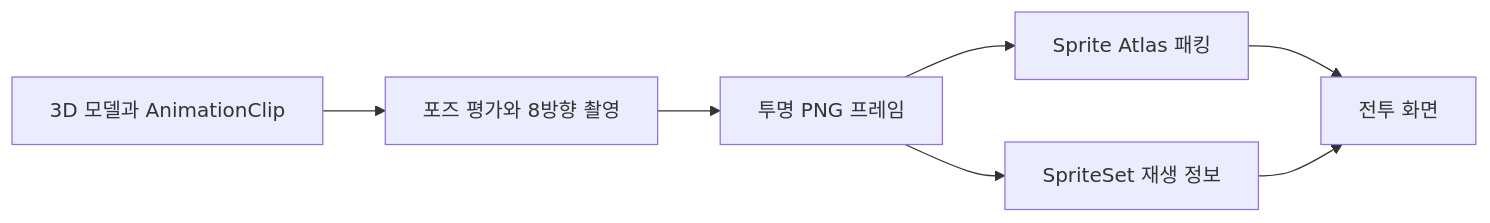
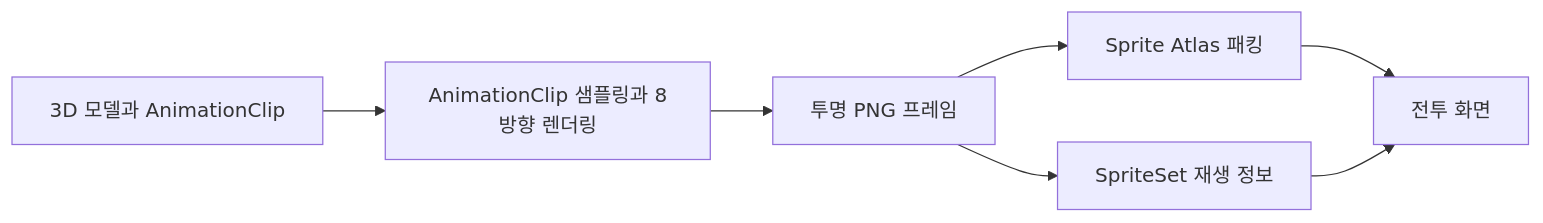
Before and after one commit to haelime/haelime.github.io: the diagram in src/content/portfolio/2026-09-05-clashers.md, drawn with Mermaid. The commit also changed other lines of this file and 2 other files, not shown here.

````diff
--- a/src/content/portfolio/2026-09-05-clashers.md
+++ b/src/content/portfolio/2026-09-05-clashers.md
@@ -57,9 +57,9 @@
 ```mermaid
 flowchart LR
-    A[3D 모델과 AnimationClip] --> B[포즈 평가와 8방향 촬영]
+    A[3D 모델과 AnimationClip] --> B[AnimationClip 샘플링과 8방향 렌더링]
     B --> C[투명 PNG 프레임]
     C --> D[Sprite Atlas 패킹]
     C --> E[SpriteSet 재생 정보]
     D --> F[전투 화면]
     E --> F
 ```
````
